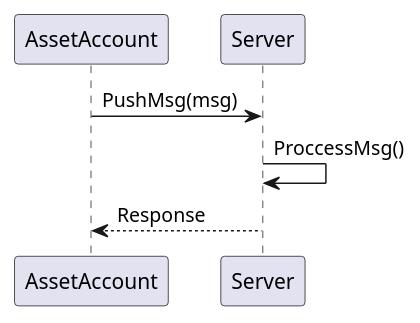
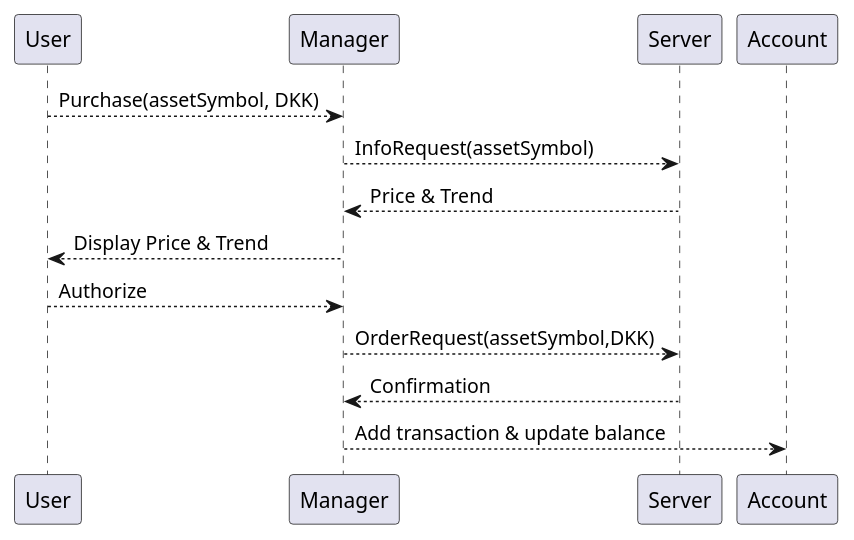
The second of 2 diagrams in report.md (Avantika019-sys/APK-Bank-system), drawn with PlantUML before and after one commit. The commit also changed other lines of this file, not shown here.

````diff
--- a/report.md
+++ b/report.md
@@ -68,7 +94,12 @@
 ```plantuml
 @startuml
-AssetAccount -> Server: PushMsg(msg)
-Server -> Server: ProccessMsg()
-Server --> AssetAccount: Response
+User --> Manager : Purchase(assetSymbol, DKK)
+Manager --> Server: InfoRequest(assetSymbol)
+Server --> Manager: Price & Trend
+Manager --> User: Display Price & Trend
+User --> Manager: Authorize
+Manager --> Server: OrderRequest(assetSymbol,DKK)
+Server --> Manager: Confirmation
+Manager --> Account: Add transaction & update balance
 @enduml
 ```
````
